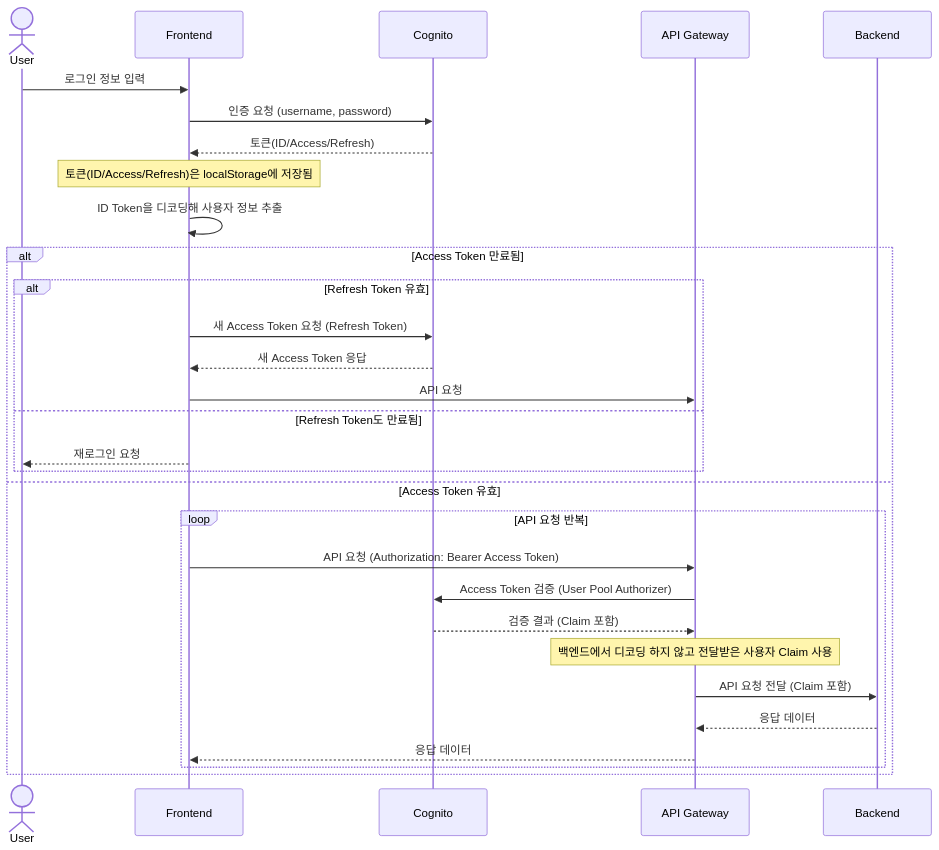
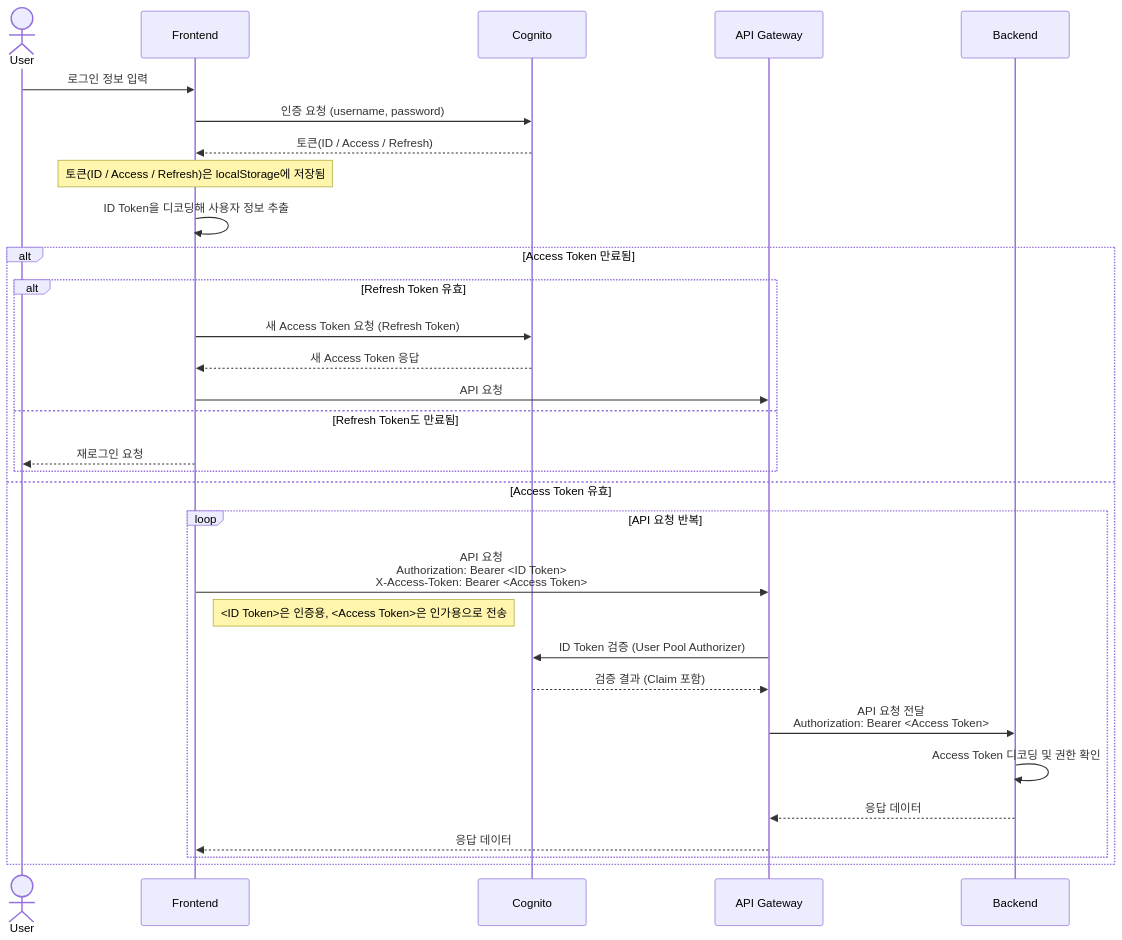
The first of 2 diagrams in README.md (Daily1Hour/PickMe-Auth-Parcel), drawn with Mermaid before and after one commit. The commit also changed other lines of this file and 1 other file, not shown here.

````diff
--- a/README.md
+++ b/README.md
@@ -125,34 +125,35 @@
 ```mermaid
 sequenceDiagram
     actor User
     participant Frontend
     participant Cognito
     participant API Gateway
     participant Backend
 
     User ->> Frontend: 로그인 정보 입력
     Frontend ->> Cognito: 인증 요청 (username, password)
-    Cognito -->> Frontend: 토큰(ID/Access/Refresh)
-    note over Frontend: 토큰(ID/Access/Refresh)은 localStorage에 저장됨
+    Cognito -->> Frontend: 토큰(ID / Access / Refresh)
+    note over Frontend: 토큰(ID / Access / Refresh)은 localStorage에 저장됨
     Frontend ->> Frontend: ID Token을 디코딩해 사용자 정보 추출
 
     alt Access Token 만료됨
         alt Refresh Token 유효
             Frontend ->> Cognito: 새 Access Token 요청 (Refresh Token)
             Cognito -->> Frontend: 새 Access Token 응답
             Frontend ->> API Gateway: API 요청
         else Refresh Token도 만료됨
             Frontend -->> User: 재로그인 요청
         end
     else Access Token 유효
         loop API 요청 반복
-            Frontend ->> API Gateway: API 요청 (Authorization: Bearer Access Token)
-            API Gateway ->> Cognito: Access Token 검증 (User Pool Authorizer)
+            Frontend ->> API Gateway: API 요청<br>Authorization: Bearer <ID Token><br>X-Access-Token: Bearer <Access Token>
+            note right of Frontend: <ID Token>은 인증용, <Access Token>은 인가용으로 전송
+            API Gateway ->> Cognito: ID Token 검증 (User Pool Authorizer)
             Cognito -->> API Gateway: 검증 결과 (Claim 포함)
-            note over API Gateway: 백엔드에서 디코딩 하지 않고 전달받은 사용자 Claim 사용
-            API Gateway ->> Backend: API 요청 전달 (Claim 포함)
+            API Gateway ->> Backend: API 요청 전달<br>Authorization: Bearer <Access Token>
+            Backend ->> Backend: Access Token 디코딩 및 권한 확인
             Backend -->> API Gateway: 응답 데이터
             API Gateway -->> Frontend: 응답 데이터
         end
     end
 ```
````
